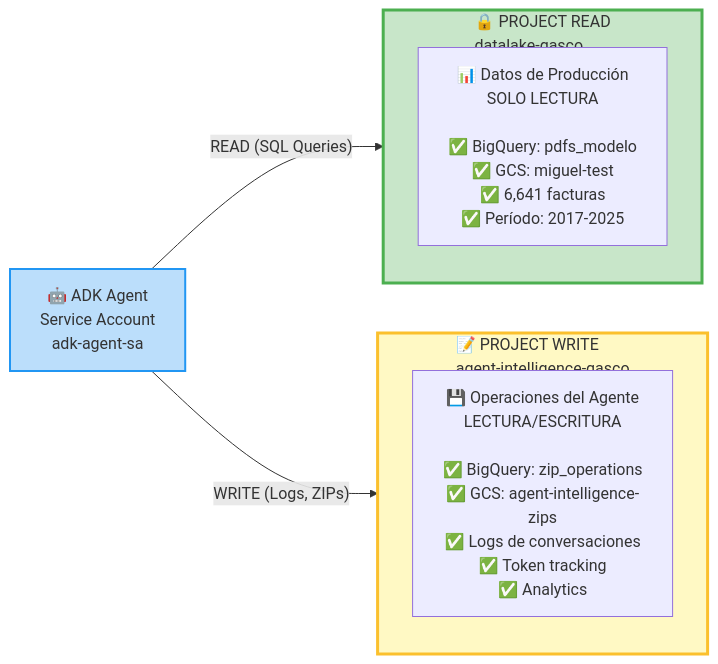
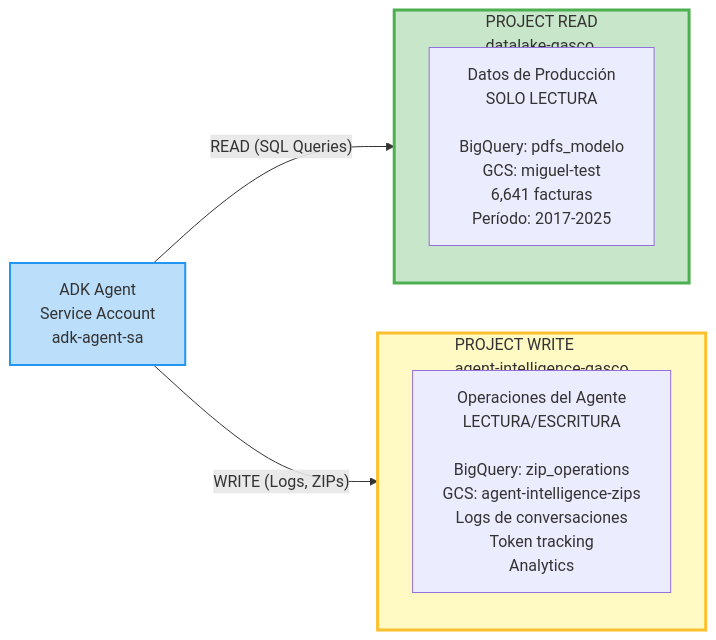
One commit to miguelp7200/agente changed the second of 16 diagrams in docs/official/architecture/20_SYSTEM_ARCHITECTURE.md. Above: the diagram before and after it, drawn with Mermaid. The commit also changed other lines of this file and 12 other files, not shown here.

````diff
--- a/docs/official/architecture/20_SYSTEM_ARCHITECTURE.md
+++ b/docs/official/architecture/20_SYSTEM_ARCHITECTURE.md
@@ -87,19 +87,19 @@
 ```mermaid
 flowchart LR
-    subgraph READ["🔒 PROJECT READ<br/>datalake-gasco"]
-        READ_DATA["📊 Datos de Producción<br/>SOLO LECTURA<br/><br/>✅ BigQuery: pdfs_modelo<br/>✅ GCS: miguel-test<br/>✅ 6,641 facturas<br/>✅ Período: 2017-2025"]
+    subgraph READ["PROJECT READ<br/>datalake-gasco"]
+        READ_DATA["Datos de Producción<br/>SOLO LECTURA<br/><br/>BigQuery: pdfs_modelo<br/>GCS: miguel-test<br/>6,641 facturas<br/>Período: 2017-2025"]
     end
     
-    subgraph WRITE["📝 PROJECT WRITE<br/>agent-intelligence-gasco"]
-        WRITE_OPS["💾 Operaciones del Agente<br/>LECTURA/ESCRITURA<br/><br/>✅ BigQuery: zip_operations<br/>✅ GCS: agent-intelligence-zips<br/>✅ Logs de conversaciones<br/>✅ Token tracking<br/>✅ Analytics"]
+    subgraph WRITE["PROJECT WRITE<br/>agent-intelligence-gasco"]
+        WRITE_OPS["Operaciones del Agente<br/>LECTURA/ESCRITURA<br/><br/>BigQuery: zip_operations<br/>GCS: agent-intelligence-zips<br/>Logs de conversaciones<br/>Token tracking<br/>Analytics"]
     end
     
-    Agent["🤖 ADK Agent<br/>Service Account<br/>adk-agent-sa"]
+    Agent["ADK Agent<br/>Service Account<br/>adk-agent-sa"]
     
     Agent -->|"READ (SQL Queries)"| READ
     Agent -->|"WRITE (Logs, ZIPs)"| WRITE
     
     style READ fill:#c8e6c9,stroke:#4caf50,stroke-width:3px
     style WRITE fill:#fff9c4,stroke:#fbc02d,stroke-width:3px
     style Agent fill:#bbdefb,stroke:#2196f3,stroke-width:2px
 ```
````
